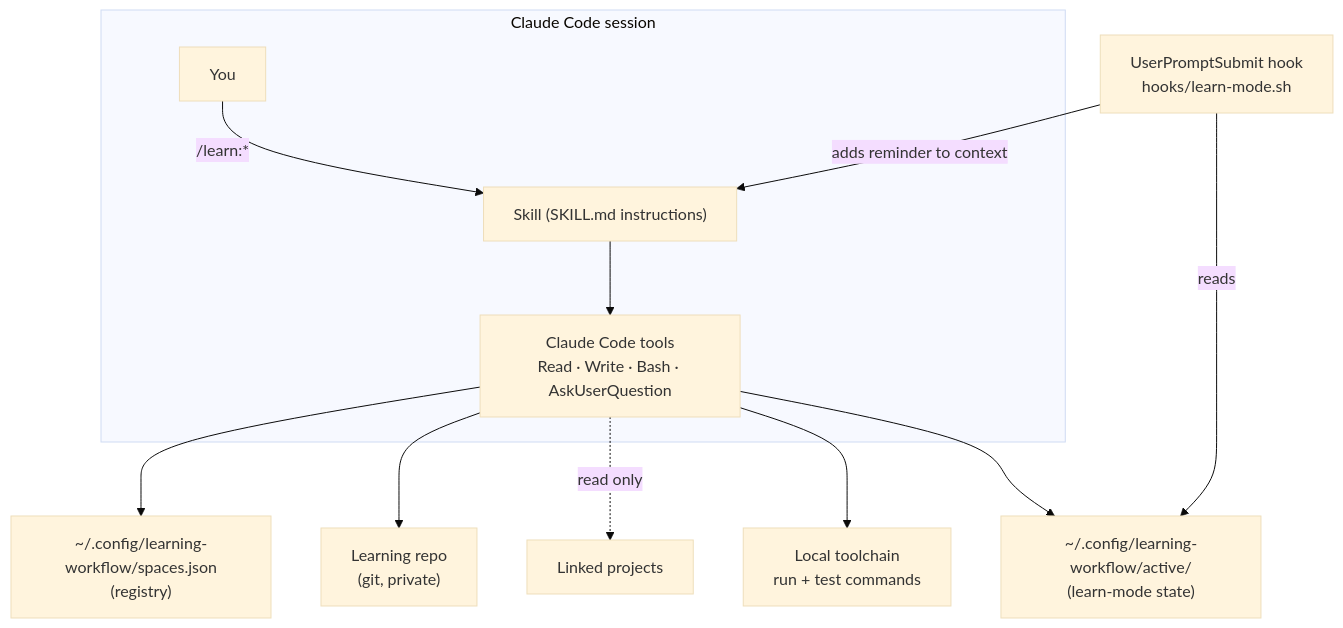
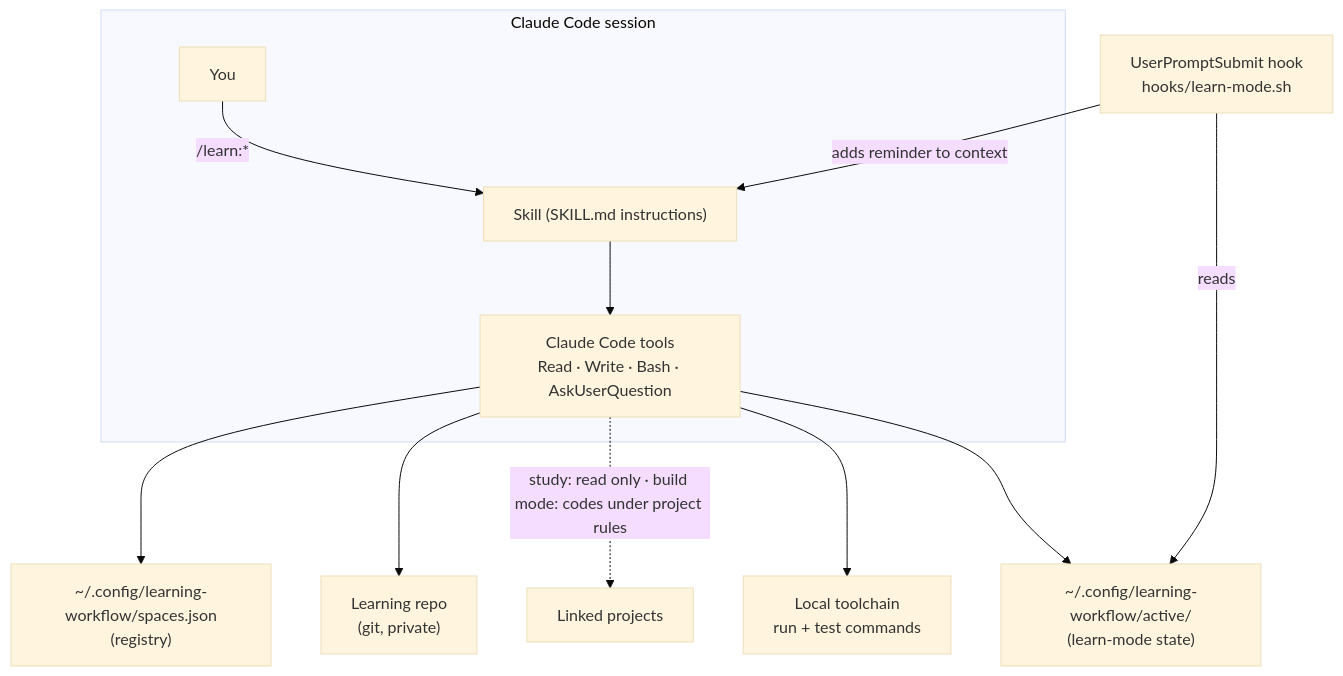
One commit to rafagomes/learning-workflow changed the diagram in docs/ARCHITECTURE.md. Above: the diagram before and after it, drawn with Mermaid (base theme). The commit also changed other lines of this file and 6 other files, not shown here.

Commit message:
docs: consistent status rules, FAQ anchors, build-mode walkthrough, diagram and spec alignment

````diff
--- a/docs/ARCHITECTURE.md
+++ b/docs/ARCHITECTURE.md
@@ -5,14 +5,14 @@
 ```mermaid
 flowchart TB
     subgraph CC["Claude Code session"]
         U["You"] -->|/learn:*| SK["Skill (SKILL.md instructions)"]
         SK --> TOOLS["Claude Code tools<br/>Read · Write · Bash · AskUserQuestion"]
     end
     TOOLS --> REG["~/.config/learning-workflow/spaces.json<br/>(registry)"]
     TOOLS --> LR["Learning repo<br/>(git, private)"]
-    TOOLS -. read only .-> PR["Linked projects"]
+    TOOLS -. "study: read only · build mode: codes under project rules" .-> PR["Linked projects"]
     TOOLS --> TC["Local toolchain<br/>run + test commands"]
     TOOLS --> ACT["~/.config/learning-workflow/active/<br/>(learn-mode state)"]
     HK["UserPromptSubmit hook<br/>hooks/learn-mode.sh"] -->|reads| ACT
     HK -->|adds reminder to context| SK
 ```
````
